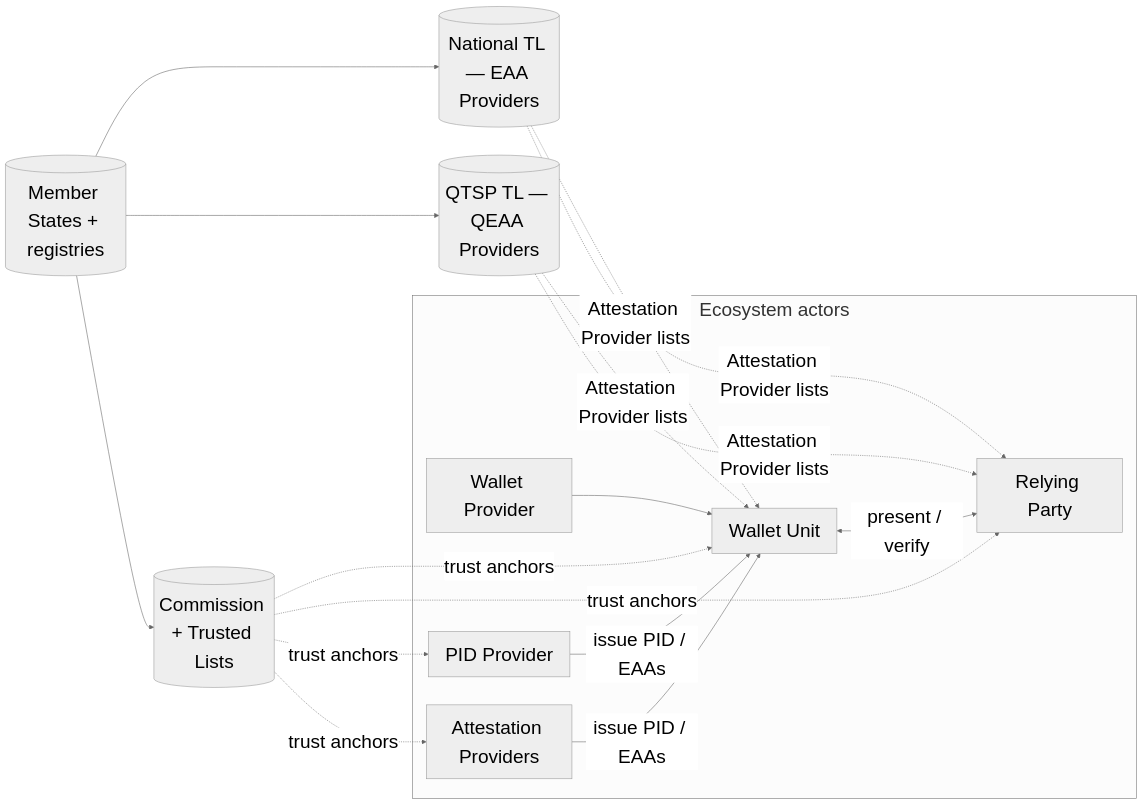
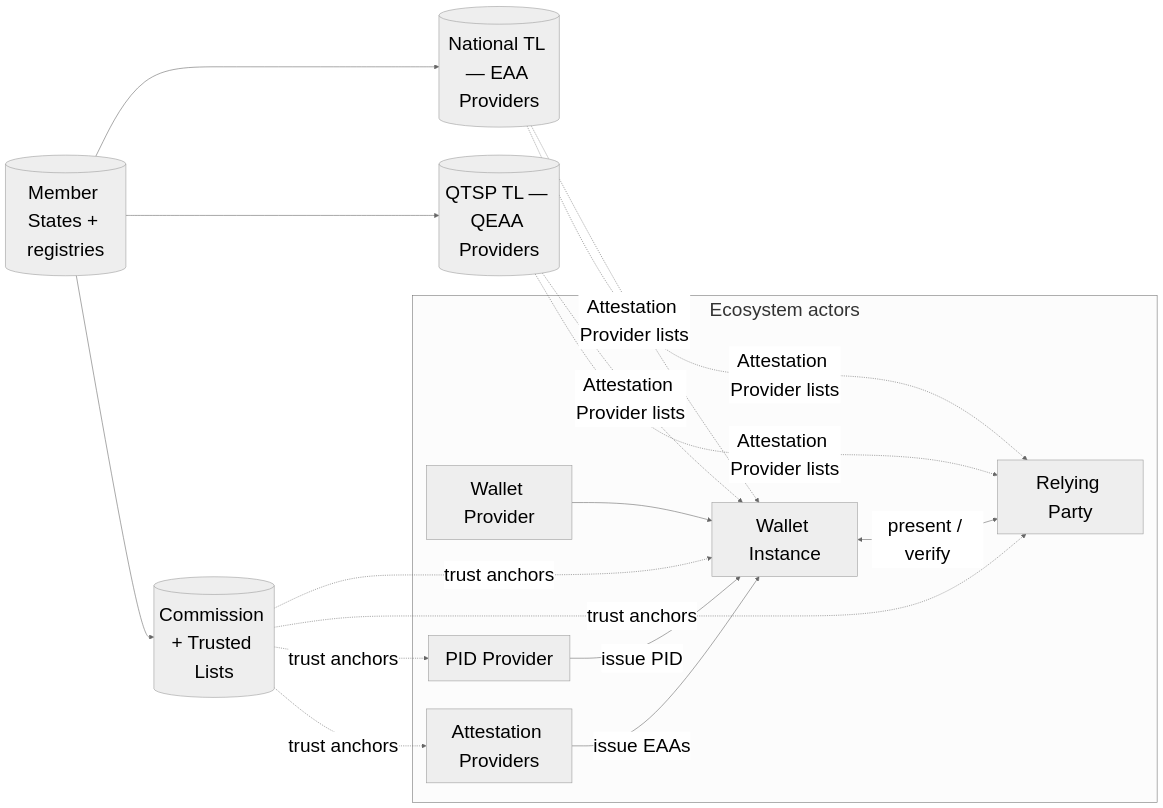
One commit to peppelinux/Wallet-Presentations changed the diagram in trust-management-eudi-wallet/diagrams/d01-why-it-matters.mmd. Above: the diagram before and after it, drawn with Mermaid. The commit also changed 2 other files, not shown here.

```diff
--- a/trust-management-eudi-wallet/diagrams/d01-why-it-matters.mmd
+++ b/trust-management-eudi-wallet/diagrams/d01-why-it-matters.mmd
@@ -1,20 +1,21 @@
 %%{init: {'theme': 'neutral', 'themeVariables': { 'fontSize': '34px'}}}%%
 flowchart LR
   subgraph E["Ecosystem actors"]
     WP[Wallet Provider]
-    WU[Wallet Unit]
+    WU[Wallet Instance]
     PID[PID Provider]
     ATT[Attestation Providers]
     RP[Relying Party]
   end
   WP --> WU
-  PID & ATT -->|issue PID / EAAs| WU
+  PID -->|issue PID| WU
+  ATT -->|issue EAAs| WU
   WU <-->|present / verify| RP
   MS[(Member States + registries)]
   TL_EAA[(National TL — EAA Providers)]
   TL_QEAA[(QTSP TL — QEAA Providers)]
   EC[(Commission + Trusted Lists)]
   MS --> TL_EAA & TL_QEAA
   MS --> EC
   TL_EAA & TL_QEAA -.->|Attestation Provider lists| WU & RP
   EC -.->|trust anchors| WU & RP & PID & ATT
```
